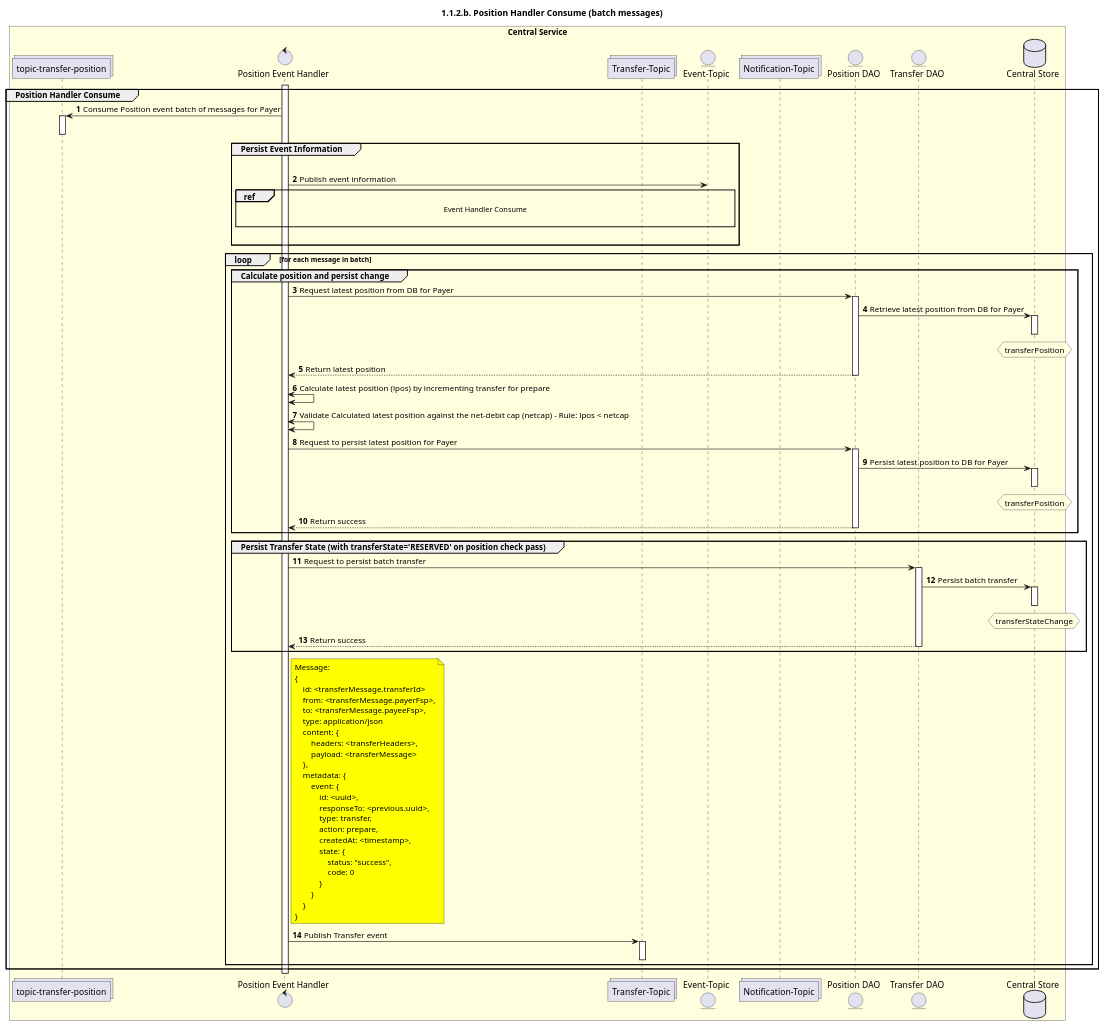
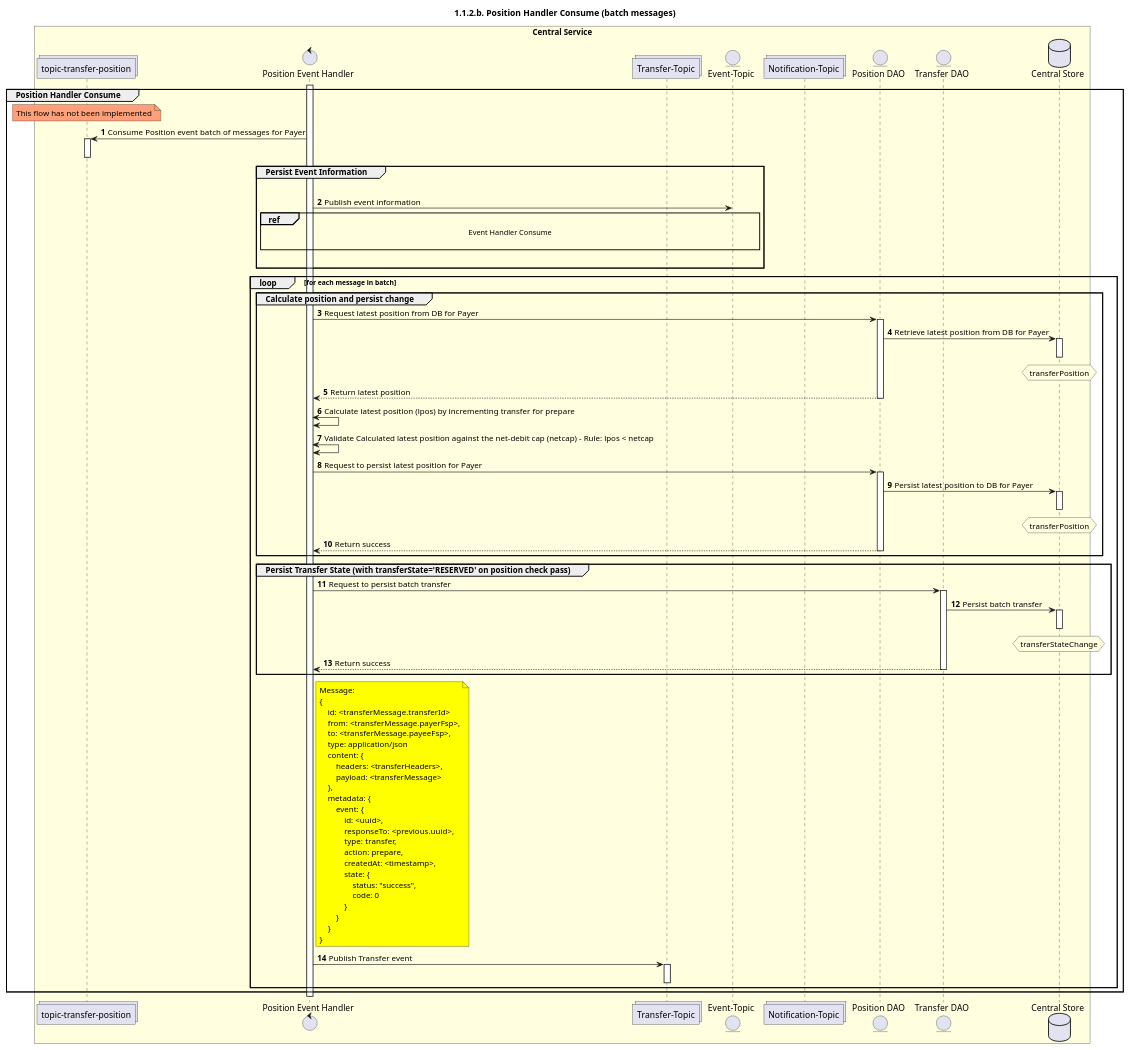
One commit to mojaloop/documentation changed the diagram in mojaloop-technical-overview/central-ledger/assets/diagrams/sequence/seq-prepare-1.1.2.b.plantuml. Above: the diagram before and after it, drawn with PlantUML. The commit also changed 3 other files, not shown here.

```diff
--- a/mojaloop-technical-overview/central-ledger/assets/diagrams/sequence/seq-prepare-1.1.2.b.plantuml
+++ b/mojaloop-technical-overview/central-ledger/assets/diagrams/sequence/seq-prepare-1.1.2.b.plantuml
@@ -26,120 +26,123 @@
 @startuml
 ' declate title
 title 1.1.2.b. Position Handler Consume (batch messages)
 
 autonumber
 
 ' Actor Keys:
 '   boundary - APIs/Interfaces, etc
 '   collections - Kafka Topics
 '   control - Kafka Consumers
 '   entity - Database Access Objects
 '   database - Database Persistance Store
 
 ' declare actors
 collections "topic-transfer-position" as TOPIC_TRANSFER_POSITION
 control "Position Event Handler" as POS_HANDLER
 collections "Transfer-Topic" as TOPIC_TRANSFERS
 entity "Position DAO" as POS_DAO
 entity "Event-Topic" as TOPIC_EVENTS
 collections "Notification-Topic" as TOPIC_NOTIFICATIONS
 entity "Transfer DAO" as TRANS_DAO
 database "Central Store" as DB
 
 box "Central Service" #LightYellow
     participant TOPIC_TRANSFER_POSITION
     participant POS_HANDLER
     participant TOPIC_TRANSFERS
     participant TOPIC_EVENTS
     participant TOPIC_NOTIFICATIONS
     participant POS_DAO
     participant TRANS_DAO
     participant DB
 end box
 
 ' start flow
 activate POS_HANDLER
 group Position Handler Consume
+    note over TOPIC_TRANSFER_POSITION #LightSalmon
+        This flow has not been implemented
+    end note
     TOPIC_TRANSFER_POSITION <- POS_HANDLER: Consume Position event batch of messages for Payer
     activate TOPIC_TRANSFER_POSITION
     deactivate TOPIC_TRANSFER_POSITION
 
     group Persist Event Information
         |||
         POS_HANDLER -> TOPIC_EVENTS: Publish event information
         ref over POS_HANDLER, TOPIC_EVENTS : Event Handler Consume\n
         |||
     end
 
     loop for each message in batch
         group Calculate position and persist change
             POS_HANDLER -> POS_DAO: Request latest position from DB for Payer
             activate POS_DAO
             POS_DAO -> DB: Retrieve latest position from DB for Payer
             hnote over DB #lightyellow
                 transferPosition
             end note
             activate DB
             deactivate DB
             POS_DAO --> POS_HANDLER: Return latest position
             deactivate POS_DAO
 
             POS_HANDLER <-> POS_HANDLER: Calculate latest position (lpos) by incrementing transfer for prepare
             POS_HANDLER <-> POS_HANDLER: Validate Calculated latest position against the net-debit cap (netcap) - Rule: lpos < netcap
             
             POS_HANDLER -> POS_DAO: Request to persist latest position for Payer
             activate POS_DAO
             POS_DAO -> DB: Persist latest position to DB for Payer
             hnote over DB #lightyellow
                 transferPosition
             end note
             activate DB
             deactivate DB
             POS_DAO --> POS_HANDLER: Return success
             deactivate POS_DAO
         end
         group Persist Transfer State (with transferState='RESERVED' on position check pass)
             POS_HANDLER -> TRANS_DAO: Request to persist batch transfer
             activate TRANS_DAO
             TRANS_DAO -> DB: Persist batch transfer
             hnote over DB #lightyellow
                 transferStateChange
             end note
             activate DB
             deactivate DB
             TRANS_DAO --> POS_HANDLER: Return success
             deactivate TRANS_DAO
         end
         note right of POS_HANDLER #yellow
             Message:
             {
                 id: <transferMessage.transferId>
                 from: <transferMessage.payerFsp>,
                 to: <transferMessage.payeeFsp>,
                 type: application/json
                 content: {
                     headers: <transferHeaders>,
                     payload: <transferMessage>
                 },
                 metadata: {
                     event: {
                         id: <uuid>,
                         responseTo: <previous.uuid>,
                         type: transfer,
                         action: prepare,
                         createdAt: <timestamp>,
                         state: {
                             status: "success",
                             code: 0
                         }
                     }
                 }
             }
         end note
         POS_HANDLER -> TOPIC_TRANSFERS: Publish Transfer event
         activate TOPIC_TRANSFERS
         deactivate TOPIC_TRANSFERS
     end
 end
 deactivate POS_HANDLER
 @enduml
```
